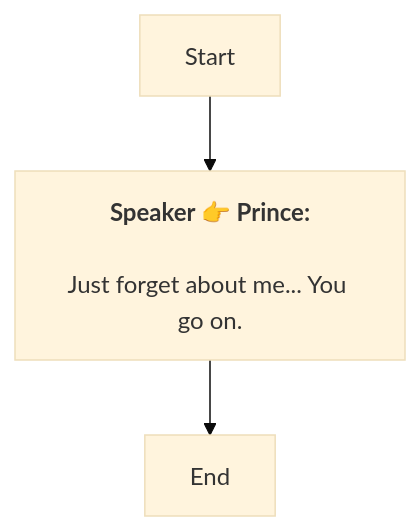
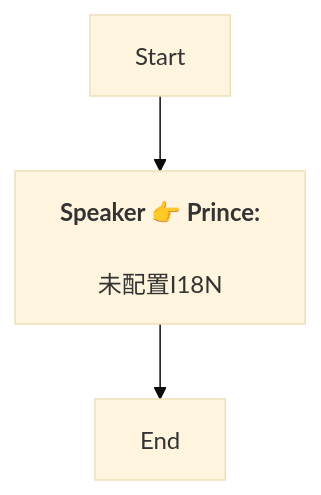
One commit to SoftHu/tos_avg changed the diagram in En/AddDialogNode_1756587804491308.md. Above: the diagram before and after it, drawn with Mermaid (base theme). The commit also changed 730 other files, not shown here.

````diff
--- a/En/AddDialogNode_1756587804491308.md
+++ b/En/AddDialogNode_1756587804491308.md
@@ -1,7 +1,7 @@
 ```mermaid
 graph
 Start -->1756592167693871[<b>Speaker 👉 Prince:</b>
-\nJust forget about me... You go on.]
+\n未配置I18N]
 1756592167693871 -->1756592201024048[End]
 
 ```
````
